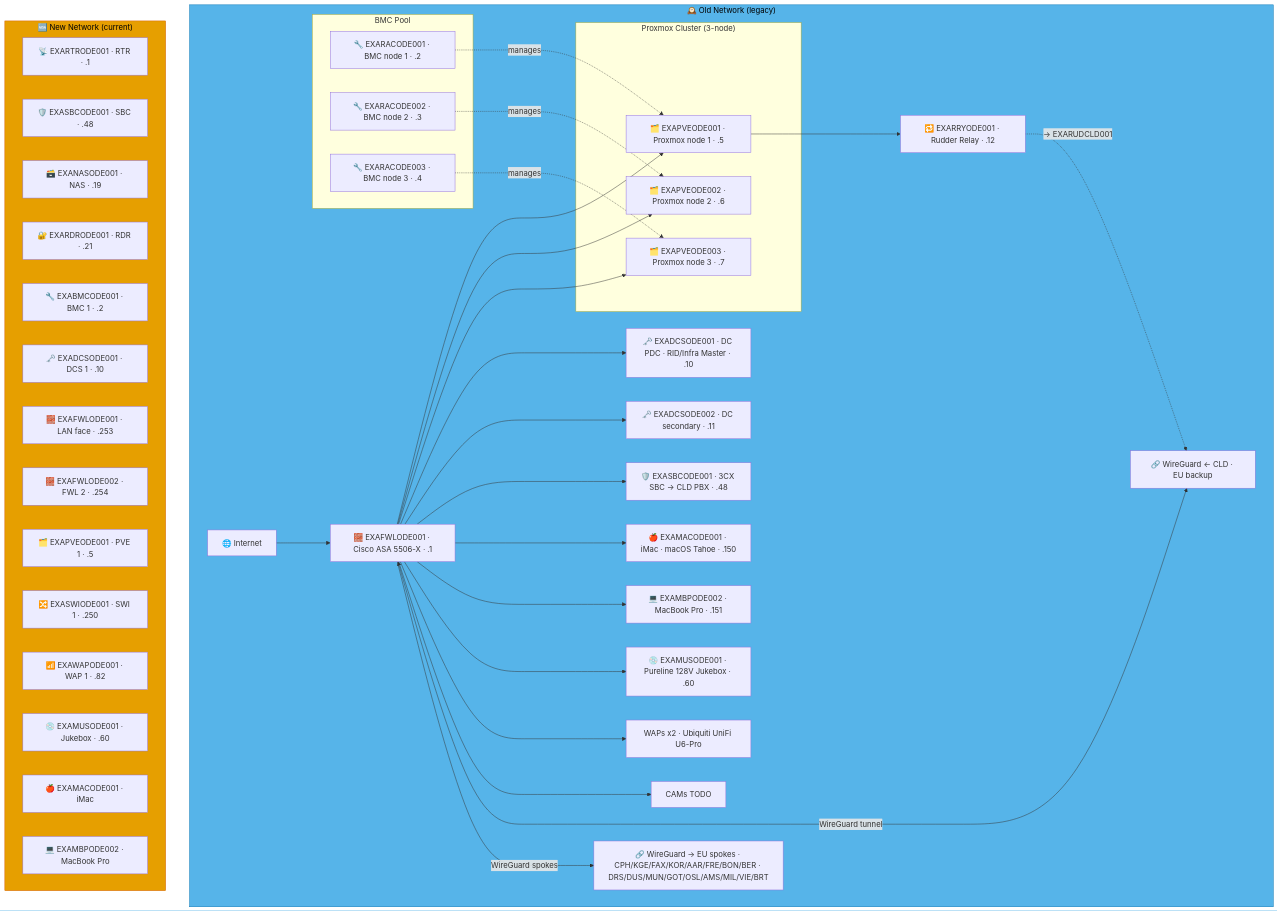
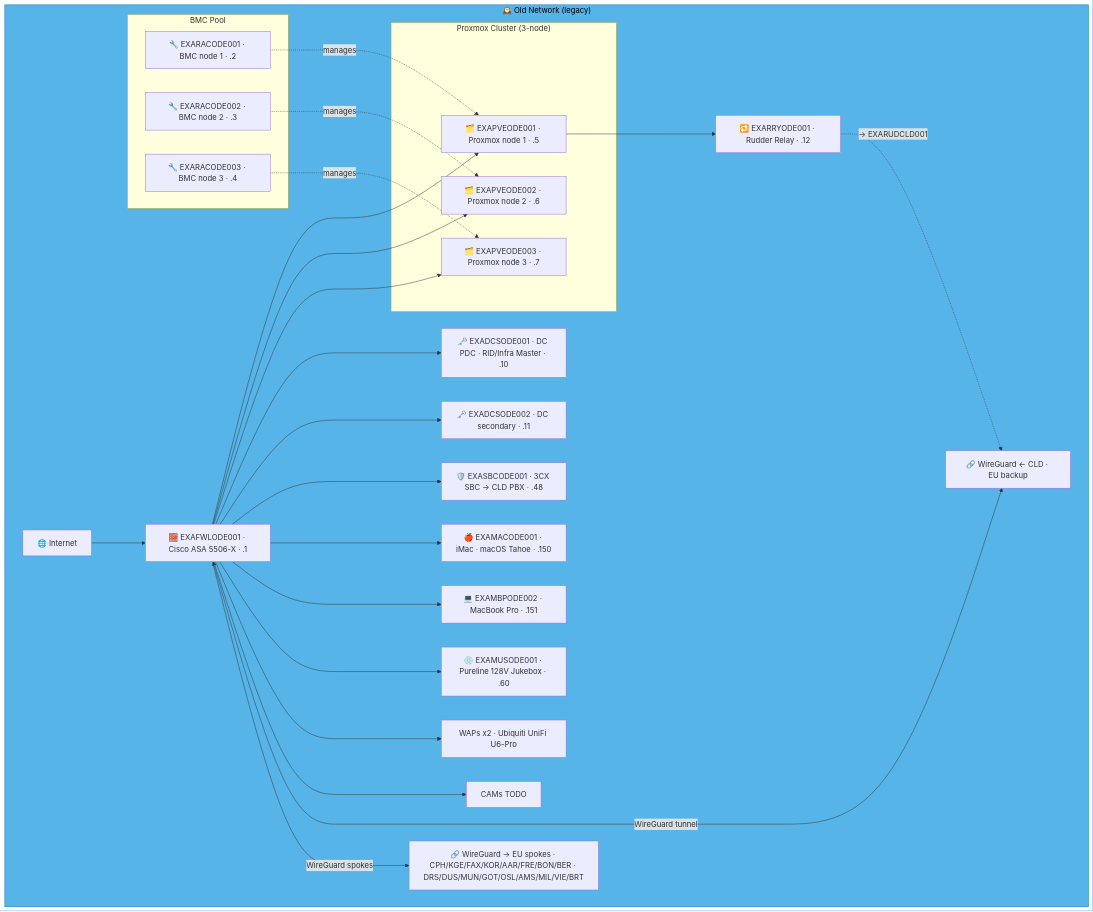
One commit to knightmare2600/example_music_infra changed the second of 10 diagrams in docs/network-diagram/danmark.md. Above: the diagram before and after it, drawn with Mermaid. The commit also changed other lines of this file and 1 other file, not shown here.

First line of the commit message:
docs/network-diagram/danmark.md: add ODE hand-drawn topology sketch (regular-site template)

````diff
--- a/docs/network-diagram/danmark.md
+++ b/docs/network-diagram/danmark.md
@@ -72,64 +72,45 @@
 ```mermaid
 graph TD
     subgraph OLD_ODE ["🕰️ Old Network (legacy)"]
       INET["🌐 Internet"]
       FWL["🧱 EXAFWLODE001 · Cisco ASA 5506-X · .1"]
 
       subgraph BMC ["BMC Pool"]
           RAC1["🔧 EXARACODE001 · BMC node 1 · .2"]
           RAC2["🔧 EXARACODE002 · BMC node 2 · .3"]
           RAC3["🔧 EXARACODE003 · BMC node 3 · .4"]
       end
 
       subgraph PVE ["Proxmox Cluster (3-node)"]
           PVE1["🗂️ EXAPVEODE001 · Proxmox node 1 · .5"]
           PVE2["🗂️ EXAPVEODE002 · Proxmox node 2 · .6"]
           PVE3["🗂️ EXAPVEODE003 · Proxmox node 3 · .7"]
       end
 
       DC1["🗝️ EXADCSODE001 · DC PDC · RID/Infra Master · .10"]
       DC2["🗝️ EXADCSODE002 · DC secondary · .11"]
       SBC["🛡️ EXASBCODE001 · 3CX SBC → CLD PBX · .48"]
       RRY["🔁 EXARRYODE001 · Rudder Relay · .12"]
       MAC["🍎 EXAMACODE001 · iMac · macOS Tahoe · .150"]
       MBP["💻 EXAMBPODE002 · MacBook Pro · .151"]
       JKB["💿 EXAMUSODE001 · Pureline 128V Jukebox · .60"]
       WAP["WAPs x2 · Ubiquiti UniFi U6-Pro"]
       CAM["CAMs TODO"]
       VPN_CLD["🔗 WireGuard ← CLD · EU backup"]
       VPN_EU["🔗 WireGuard → EU spokes · CPH/KGE/FAX/KOR/AAR/FRE/BON/BER · DRS/DUS/MUN/GOT/OSL/AMS/MIL/VIE/BRT"]
 
       INET --> FWL
       FWL --> PVE1 & PVE2 & PVE3
       FWL --> DC1 & DC2 & SBC
       RAC1 -.->|"manages"| PVE1
       RAC2 -.->|"manages"| PVE2
       RAC3 -.->|"manages"| PVE3
       FWL --> MAC & MBP & JKB & WAP & CAM
       FWL <-->|"WireGuard tunnel"| VPN_CLD
       FWL -->|"WireGuard spokes"| VPN_EU
 
       PVE1 --> RRY
       RRY -. "→ EXARUDCLD001" .-> VPN_CLD
     end
     style OLD_ODE fill:#56B4E9,stroke:#0072B2,color:#000000
-    %% GENERATED:NEW-NETWORK:ODE:START
-    subgraph NEW_ODE ["🆕 New Network (current)"]
-      N_RTR["📡 EXARTRODE001 · RTR · .1"]
-      N_SBC["🛡️ EXASBCODE001 · SBC · .48"]
-      N_NAS["🗃️ EXANASODE001 · NAS · .19"]
-      N_RDR["🔐 EXARDRODE001 · RDR · .21"]
-      N_BMC["🔧 EXABMCODE001 · BMC 1 · .2"]
-      N_DCS["🗝️ EXADCSODE001 · DCS 1 · .10"]
-      N_FWL["🧱 EXAFWLODE001 · LAN face · .253"]
-      N_FWL2["🧱 EXAFWLODE002 · FWL 2 · .254"]
-      N_PVE["🗂️ EXAPVEODE001 · PVE 1 · .5"]
-      N_SWI["🔀 EXASWIODE001 · SWI 1 · .250"]
-      N_WAP["📶 EXAWAPODE001 · WAP 1 · .82"]
-      N_MUS["💿 EXAMUSODE001 · Jukebox · .60"]
-      N_MAC["🍎 EXAMACODE001 · iMac"]
-      N_MBP["💻 EXAMBPODE002 · MacBook Pro"]
-    end
-    style NEW_ODE fill:#E69F00,stroke:#D55E00,color:#000000
-    %% GENERATED:NEW-NETWORK:ODE:END
 ```
````
